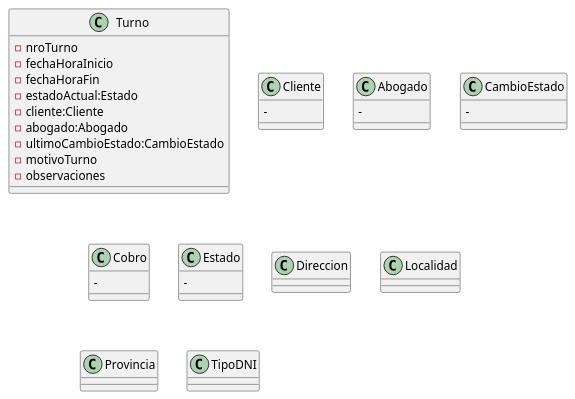
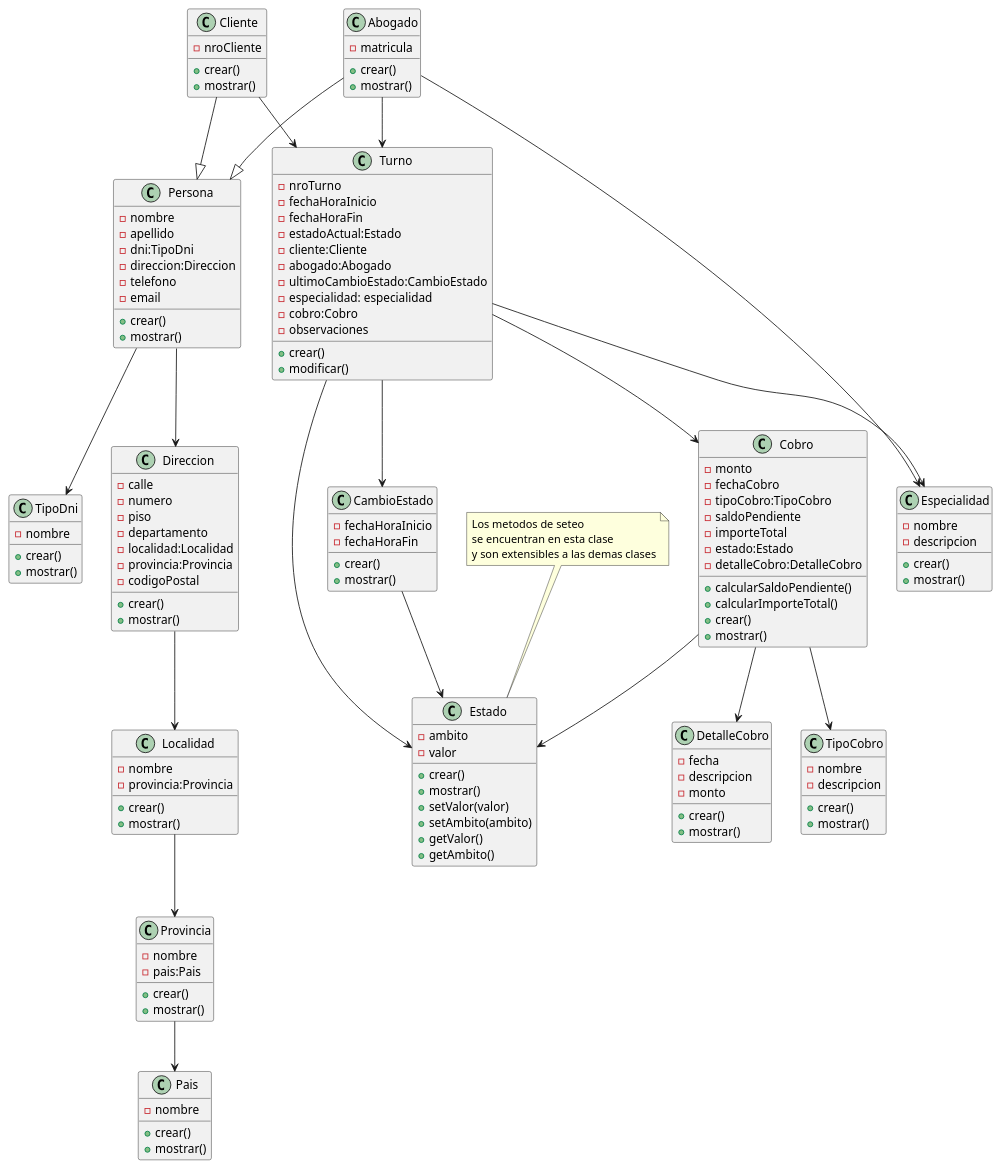
The diagram in Diagramas/diagramaDeClases.puml (RamaDoglio/MedinaYAsociados), drawn with PlantUML before and after one commit.

Commit message:
diagramaDeClaseAvanzado

```diff
--- a/Diagramas/diagramaDeClases.puml
+++ b/Diagramas/diagramaDeClases.puml
@@ -1,40 +1,166 @@
 @startuml Diagrama de Clases
 class Turno {
     - nroTurno
     - fechaHoraInicio
     - fechaHoraFin
     - estadoActual:Estado
     - cliente:Cliente
     - abogado:Abogado
     - ultimoCambioEstado:CambioEstado
-    - motivoTurno
+    - especialidad: especialidad
+    - cobro:Cobro
     - observaciones
+    + crear()
+    + modificar()
 }
+Turno --> Cobro
+Turno --> Estado
+Turno --> CambioEstado
+Turno --> Especialidad
+
+
+class Especialidad {
+    - nombre
+    - descripcion
+    + crear()
+    + mostrar()
+}
+
+class Persona{
+    - nombre
+    - apellido
+    - dni:TipoDni
+    - direccion:Direccion
+    - telefono
+    - email
+    + crear()
+    + mostrar()
+}
+
+Persona --> Direccion
+Persona --> TipoDni
+
+class TipoDni{
+    - nombre
+    + crear()
+    + mostrar()
+}
+
 class Cliente {
-    - 
+    - nroCliente
+    + crear()
+    + mostrar()
 }
+
+Cliente --|> Persona
+Cliente --> Turno
+
+
 class Abogado {
-    -
-}
-class CambioEstado{
-    -
-}
-class Cobro {
-    -
-}
-class Estado{
-    -
-}
-class Direccion{
+    - matricula
+    + crear()
+    + mostrar()
 
 }
-class Localidad{
+
+Abogado --> Especialidad
+Abogado --|> Persona
+Abogado --> Turno
+
+class CambioEstado{
+    - fechaHoraInicio
+    - fechaHoraFin
+    + crear()
+    + mostrar()
+}
+
+CambioEstado --> Estado
+
+class Cobro {
+    - monto
+    - fechaCobro
+    - tipoCobro:TipoCobro
+    - saldoPendiente
+    - importeTotal
+    - estado:Estado
+    - detalleCobro:DetalleCobro
+    + calcularSaldoPendiente()
+    + calcularImporteTotal()
+    + crear()
+    + mostrar()
 
 }
+
+Cobro --> TipoCobro
+Cobro --> DetalleCobro
+Cobro --> Estado
+
+class DetalleCobro {
+    - fecha
+    - descripcion
+    - monto
+    + crear()
+    + mostrar()
+}
+
+class TipoCobro {
+    - nombre
+    - descripcion
+    + crear()
+    + mostrar()
+}
+
+class Estado{
+    - ambito
+    - valor
+    + crear()
+    + mostrar()
+    + setValor(valor)
+    + setAmbito(ambito)
+    + getValor()
+    + getAmbito()
+}
+
+note top of Estado : Los metodos de seteo \nse encuentran en esta clase \ny son extensibles a las demas clases
+
+class Direccion{
+    - calle
+    - numero
+    - piso
+    - departamento
+    - localidad:Localidad
+    - provincia:Provincia
+    - codigoPostal
+    + crear()
+    + mostrar()
+}
+
+Direccion --> Localidad
+
+class Localidad{
+    - nombre
+    - provincia:Provincia
+    + crear()
+    + mostrar()
+}
+
+Localidad --> Provincia
+
 class Provincia{
+    - nombre
+    - pais:Pais
+    + crear()
+    + mostrar()
+}
 
+Provincia --> Pais
+
+class Pais{
+    - nombre
+    + crear()
+    + mostrar()
 }
-class TipoDNI{
 
-}
+
+
 @enduml
```
